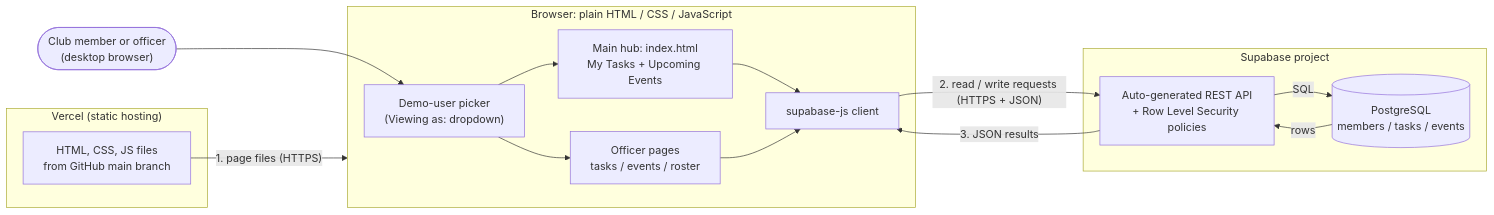
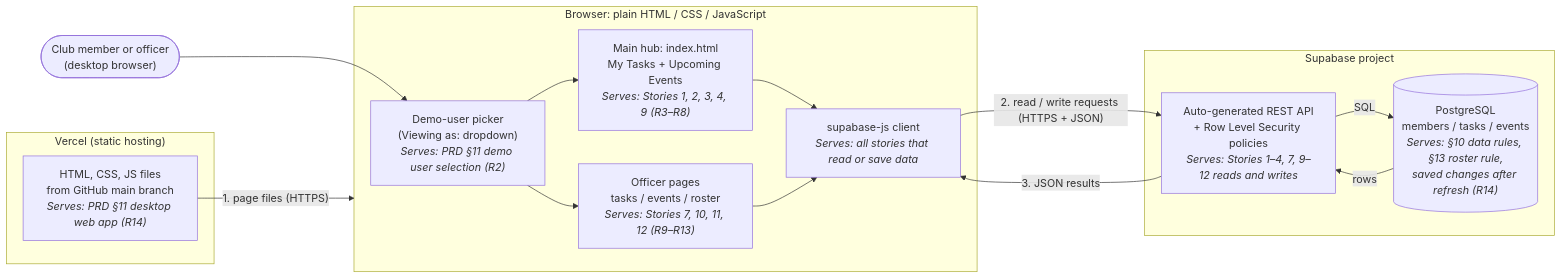
One commit to myra2507/capstone-paksa-task-board changed the first of 3 diagrams in docs/design/architecture-diagram.md. Above: the diagram before and after it, drawn with Mermaid. The commit also changed other lines of this file and 2 other files, not shown here.

Commit message:
Align CP-M3 docs with rubric: five-line decision record, labeled map
- docs/decisions/0001-backend-stack.md: condense to the five-line
  shape (context, decision, why not Firebase, cost, what would change
  my mind)
- docs/03-architecture.md: add section 10 with the full Supabase vs
  Firebase comparison and trade-offs moved out of the decision record
- docs/design/architecture-diagram.md: label every box with the PRD
  story or requirement it serves; add a table-to-requirement map

Claude-Session: https://claude.ai/code/session_01EzAx3q3ZmrqnDBoUdzzfeQ

````diff
--- a/docs/design/architecture-diagram.md
+++ b/docs/design/architecture-diagram.md
@@ -13,31 +15,31 @@
 ```mermaid
 flowchart LR
     user(["Club member or officer<br/>(desktop browser)"])
 
     subgraph browser["Browser: plain HTML / CSS / JavaScript"]
-        picker["Demo-user picker<br/>(Viewing as: dropdown)"]
-        hub["Main hub: index.html<br/>My Tasks + Upcoming Events"]
-        officer["Officer pages<br/>tasks / events / roster"]
-        client["supabase-js client"]
+        picker["Demo-user picker<br/>(Viewing as: dropdown)<br/><i>Serves: PRD §11 demo user selection (R2)</i>"]
+        hub["Main hub: index.html<br/>My Tasks + Upcoming Events<br/><i>Serves: Stories 1, 2, 3, 4, 9 (R3–R8)</i>"]
+        officer["Officer pages<br/>tasks / events / roster<br/><i>Serves: Stories 7, 10, 11, 12 (R9–R13)</i>"]
+        client["supabase-js client<br/><i>Serves: all stories that read or save data</i>"]
         picker --> hub
         picker --> officer
         hub --> client
         officer --> client
     end
 
     subgraph vercel["Vercel (static hosting)"]
-        files["HTML, CSS, JS files<br/>from GitHub main branch"]
+        files["HTML, CSS, JS files<br/>from GitHub main branch<br/><i>Serves: PRD §11 desktop web app (R14)</i>"]
     end
 
     subgraph supabase["Supabase project"]
-        api["Auto-generated REST API<br/>+ Row Level Security policies"]
-        db[("PostgreSQL<br/>members / tasks / events")]
+        api["Auto-generated REST API<br/>+ Row Level Security policies<br/><i>Serves: Stories 1–4, 7, 9–12 reads and writes</i>"]
+        db[("PostgreSQL<br/>members / tasks / events<br/><i>Serves: §10 data rules, §13 roster rule,<br/>saved changes after refresh (R14)</i>")]
         api -->|SQL| db
         db -->|rows| api
     end
 
     user --> picker
     files -->|"1. page files (HTTPS)"| browser
     client -->|"2. read / write requests (HTTPS + JSON)"| api
     api -->|"3. JSON results"| client
 ```
````
